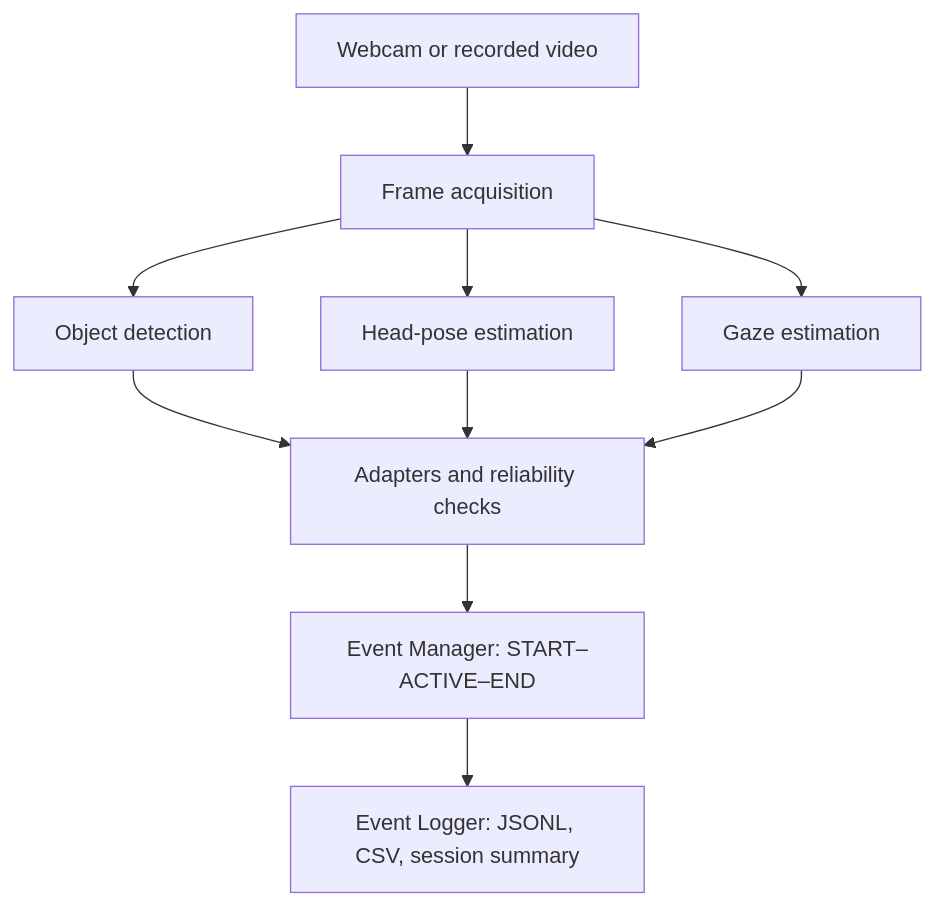
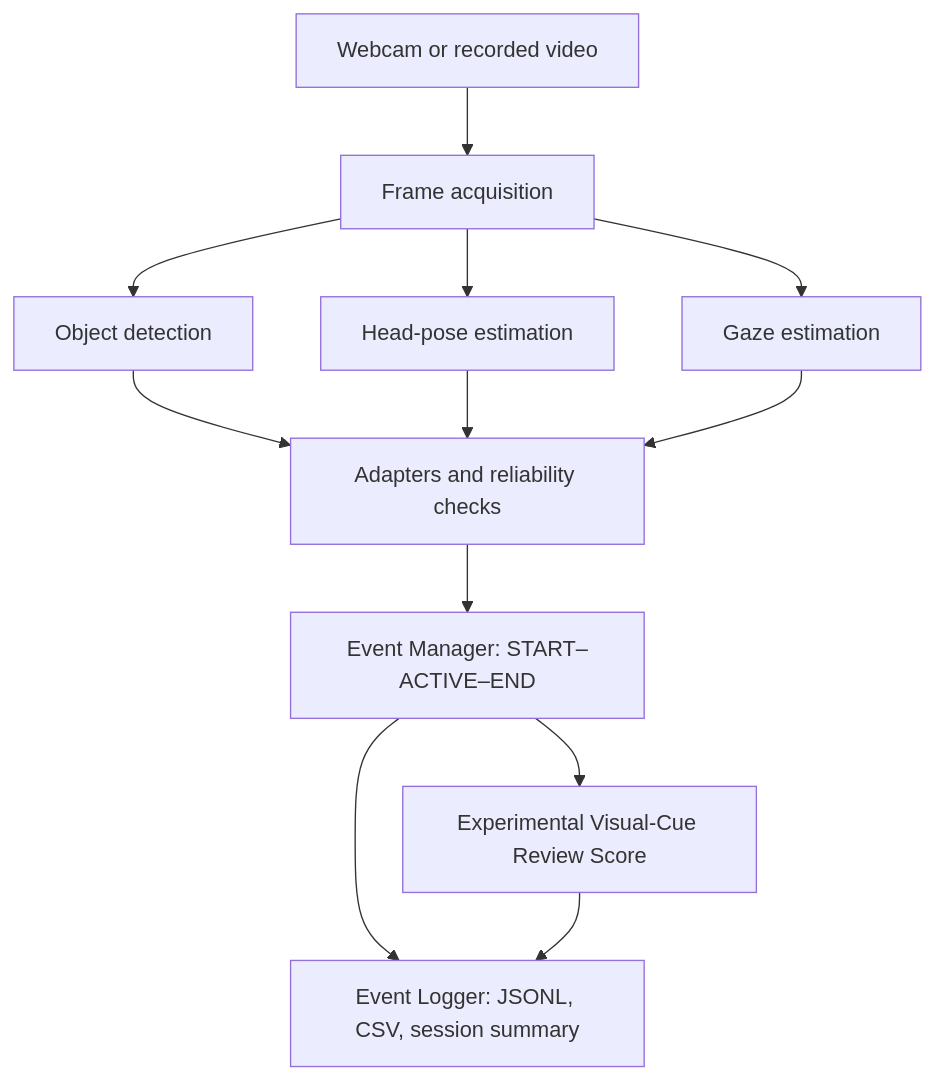
The diagram in computer_vision/docs/project_scope.md (weiliemabubakar12345/online-assessment-supervision), drawn with Mermaid before and after one commit. The commit also changed other lines of this file and 9 other files, not shown here.

````diff
--- a/computer_vision/docs/project_scope.md
+++ b/computer_vision/docs/project_scope.md
@@ -34,12 +36,14 @@
 ```mermaid
 flowchart TD
     A["Webcam or recorded video"] --> B["Frame acquisition"]
     B --> C["Object detection"]
     B --> D["Head-pose estimation"]
     B --> E["Gaze estimation"]
     C --> F["Adapters and reliability checks"]
     D --> F
     E --> F
     F --> G["Event Manager: START–ACTIVE–END"]
     G --> H["Event Logger: JSONL, CSV, session summary"]
+    G --> I["Experimental Visual-Cue Review Score"]
+    I --> H
 ```
````
